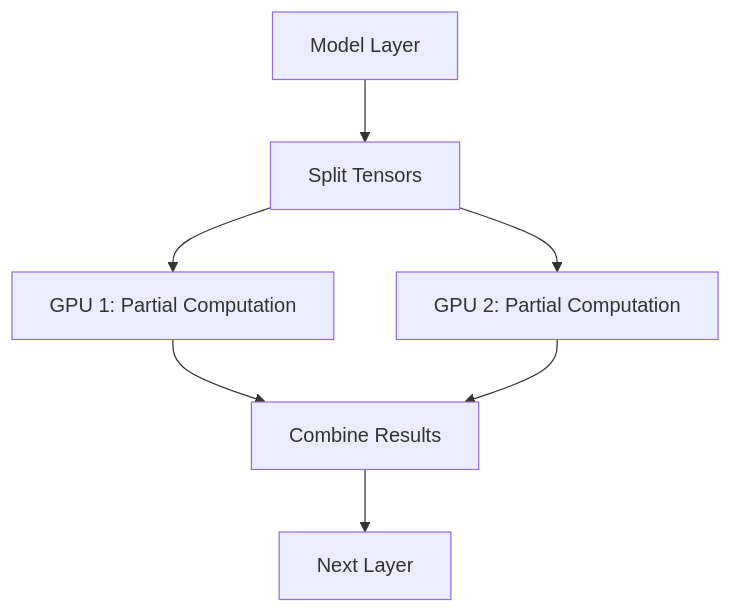
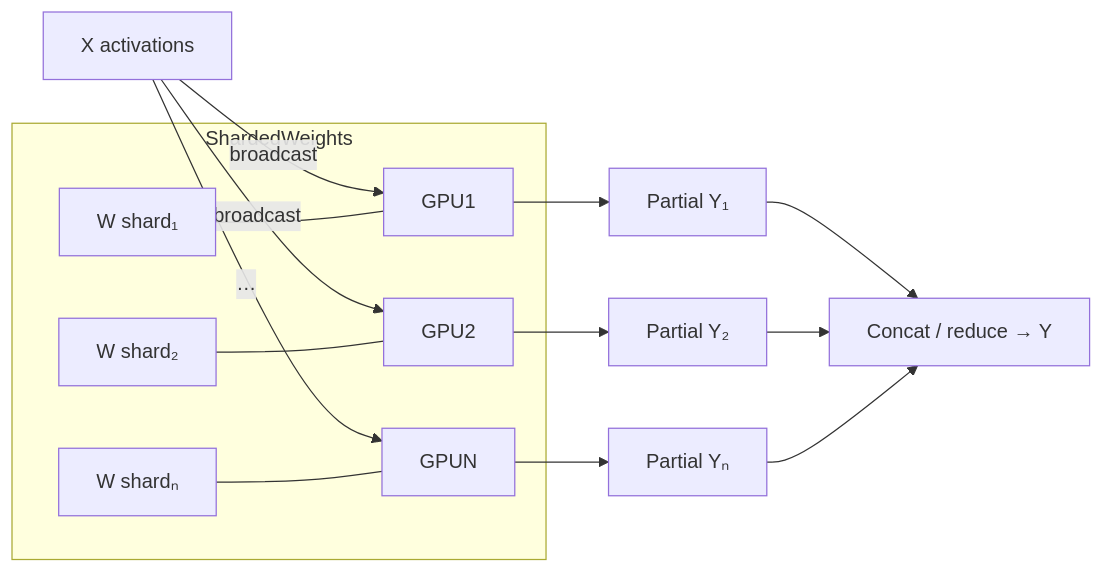
The second of 7 diagrams in docs/blog/posts/2025-04-28-scaling-llms.md (slavadubrov/notes), drawn with Mermaid before and after one commit. The commit also changed other lines of this file, not shown here.

````diff
--- a/docs/blog/posts/2025-04-28-scaling-llms.md
+++ b/docs/blog/posts/2025-04-28-scaling-llms.md
@@ -46,9 +67,15 @@
 ```mermaid
-graph TD
-    A[Model Layer] --> B[Split Tensors]
-    B --> C1[GPU 1: Partial Computation]
-    B --> C2[GPU 2: Partial Computation]
-    C1 --> D[Combine Results]
-    C2 --> D
-    D --> E[Next Layer]
+flowchart LR
+    A[X activations] --> |broadcast| X1[GPU1]
+    A --> |broadcast| X2[GPU2]
+    A --> |…| XN[GPUN]
+    subgraph ShardedWeights
+        W1[W shard₁] --- X1
+        W2[W shard₂] --- X2
+        WN[W shardₙ] --- XN
+    end
+    X1 --> P1[Partial Y₁]
+    X2 --> P2[Partial Y₂]
+    XN --> PN[Partial Yₙ]
+    P1 & P2 & PN --> C[Concat / reduce → Y]
 ```
````
